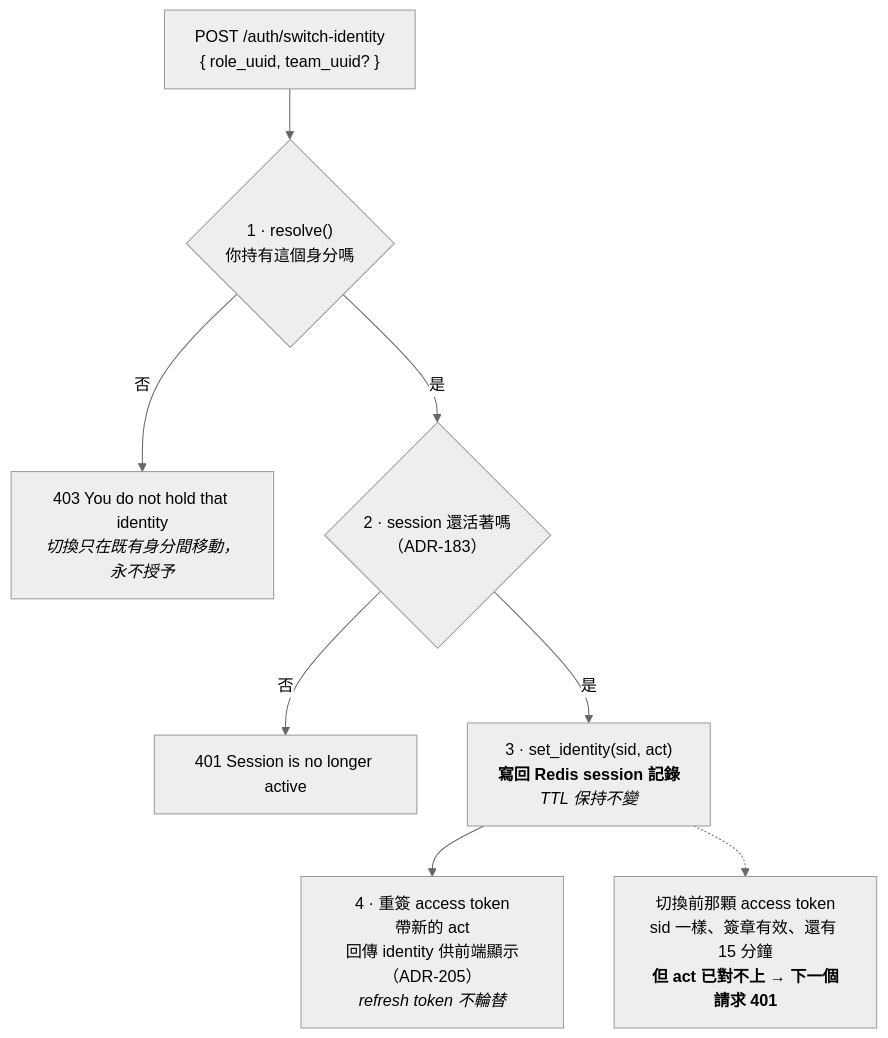
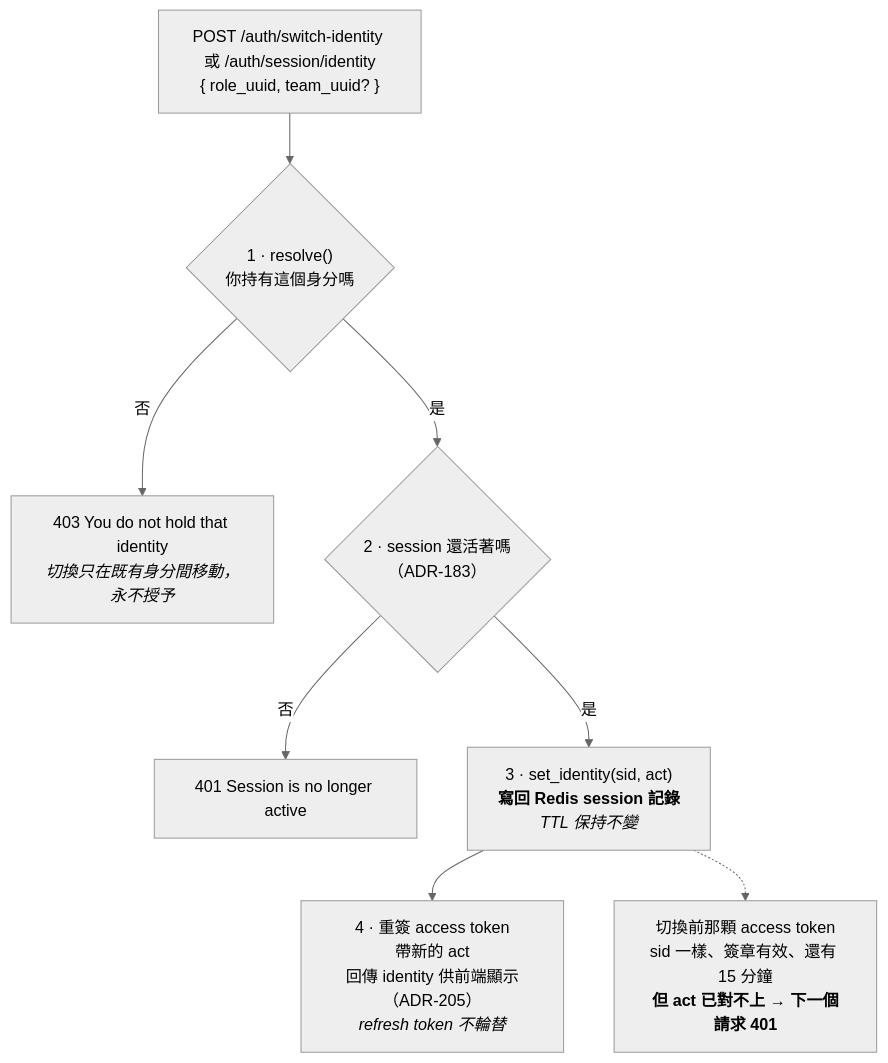
Before and after one commit to GuangFuHero/optimized-version: the second of 5 diagrams in Backend/Spec/Docs/identity-switching.md, drawn with Mermaid (neutral theme). The commit also changed other lines of this file and 10 other files, not shown here.

Commit message:
feat(auth): switch identity in the browser through its own session endpoint

````diff
--- a/Backend/Spec/Docs/identity-switching.md
+++ b/Backend/Spec/Docs/identity-switching.md
@@ -45,17 +56,17 @@
 ```mermaid
 flowchart TD
-    REQ["POST /auth/switch-identity<br/>{ role_uuid, team_uuid? }"] --> S1
+    REQ["POST /auth/switch-identity 或 /auth/session/identity<br/>{ role_uuid, team_uuid? }"] --> S1
 
     S1{"1 · resolve()<br/>你持有這個身分嗎"}
     S1 -- "否" --> E1["403 You do not hold that identity<br/><i>切換只在既有身分間移動，永不授予</i>"]
     S1 -- "是" --> S2
 
     S2{"2 · session 還活著嗎<br/>（ADR-183）"}
     S2 -- "否" --> E2["401 Session is no longer active"]
     S2 -- "是" --> S3
 
     S3["3 · set_identity(sid, act)<br/><b>寫回 Redis session 記錄</b><br/><i>TTL 保持不變</i>"]
     S3 --> S4["4 · 重簽 access token<br/>帶新的 act<br/>回傳 identity 供前端顯示（ADR-205）<br/><i>refresh token 不輪替</i>"]
 
     S3 -.-> OLD["切換前那顆 access token<br/>sid 一樣、簽章有效、還有 15 分鐘<br/><b>但 act 已對不上 → 下一個請求 401</b>"]
 ```
````
